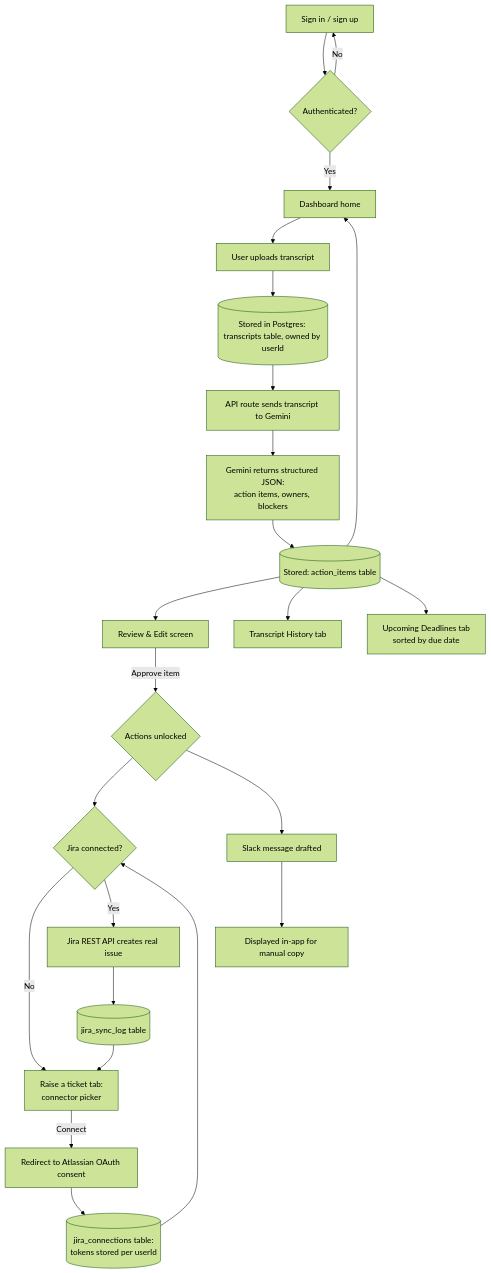
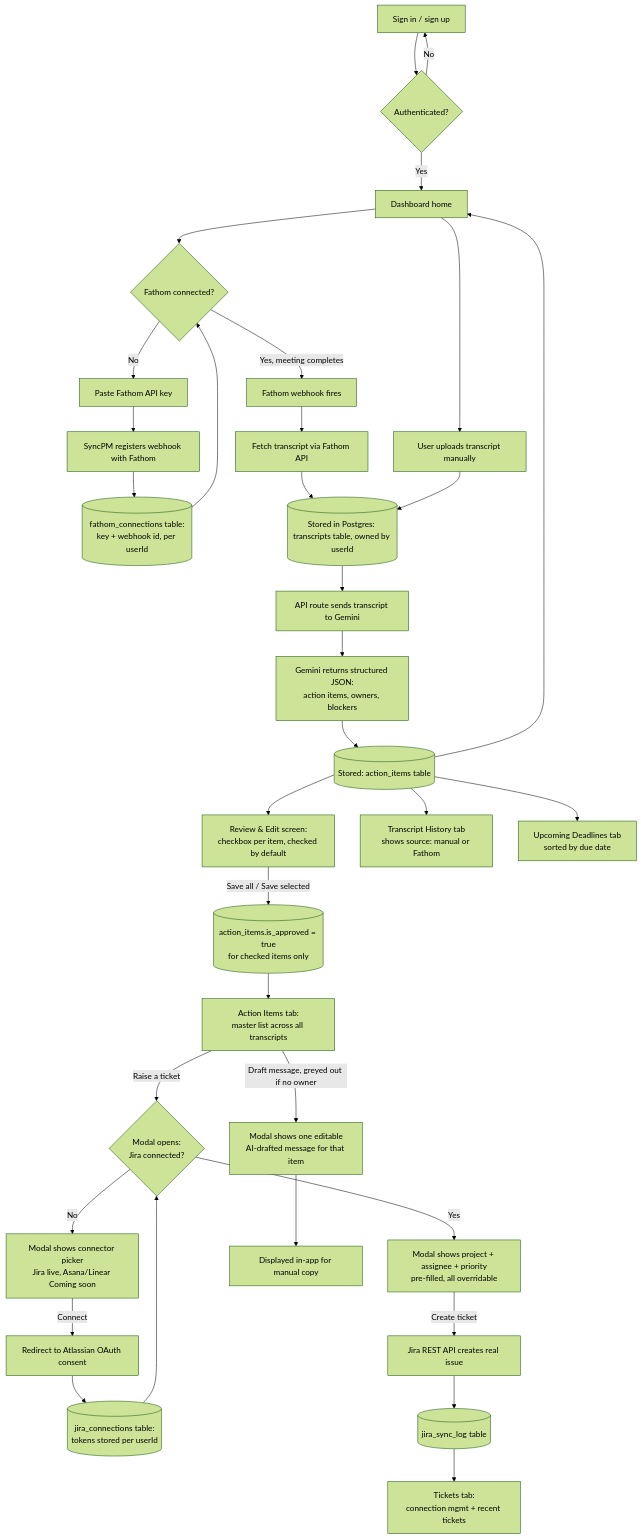
One commit to sauravhippargi/syncpm changed the diagram in architecture.md. Above: the diagram before and after it, drawn with Mermaid (forest theme). The commit also changed other lines of this file and 4 other files, not shown here.

````diff
--- a/architecture.md
+++ b/architecture.md
@@ -19,26 +21,36 @@
 ```mermaid
 flowchart TD
     Z[Sign in / sign up] --> Z2{Authenticated?}
     Z2 -->|No| Z
     Z2 -->|Yes| Dash[Dashboard home]
-    Dash --> A[User uploads transcript]
-    A --> B[(Stored in Postgres: transcripts table, owned by userId)]
+    Dash --> A[User uploads transcript manually]
+    Dash --> FC{Fathom connected?}
+    FC -->|No| FCON[Paste Fathom API key]
+    FCON --> FREG[SyncPM registers webhook with Fathom]
+    FREG --> FCT[(fathom_connections table:\nkey + webhook id, per userId)]
+    FCT --> FC
+    FC -->|Yes, meeting completes| FW[Fathom webhook fires]
+    FW --> FT[Fetch transcript via Fathom API]
+    FT --> B[(Stored in Postgres: transcripts table, owned by userId)]
+    A --> B
     B --> C[API route sends transcript to Gemini]
     C --> D[Gemini returns structured JSON:\naction items, owners, blockers]
     D --> E[(Stored: action_items table)]
-    E --> F[Review & Edit screen]
-    F -->|Approve item| G{Actions unlocked}
-    G --> H{Jira connected?}
-    H -->|No| R[Raise a ticket tab:\nconnector picker]
+    E --> F[Review & Edit screen:\ncheckbox per item, checked by default]
+    F -->|Save all / Save selected| AI[(action_items.is_approved = true\nfor checked items only)]
+    AI --> ACT[Action Items tab:\nmaster list across all transcripts]
+    ACT -->|Raise a ticket| G{Modal opens:\nJira connected?}
+    G -->|No| R[Modal shows connector picker\nJira live, Asana/Linear Coming soon]
     R -->|Connect| OA[Redirect to Atlassian OAuth consent]
     OA --> OB[(jira_connections table:\ntokens stored per userId)]
-    OB --> H
-    H -->|Yes| J[Jira REST API creates real issue]
-    G --> I[Slack message drafted]
+    OB --> G
+    G -->|Yes| P[Modal shows project + assignee + priority\npre-filled, all overridable]
+    P -->|Create ticket| J[Jira REST API creates real issue]
+    ACT -->|Draft message, greyed out if no owner| I[Modal shows one editable\nAI-drafted message for that item]
     J --> K[(jira_sync_log table)]
     I --> L[Displayed in-app for manual copy]
-    E --> M[Transcript History tab]
-    K --> R
+    E --> M[Transcript History tab\nshows source: manual or Fathom]
+    K --> T[Tickets tab:\nconnection mgmt + recent tickets]
     E --> O[Upcoming Deadlines tab\nsorted by due date]
     E --> Dash
 ```
````
